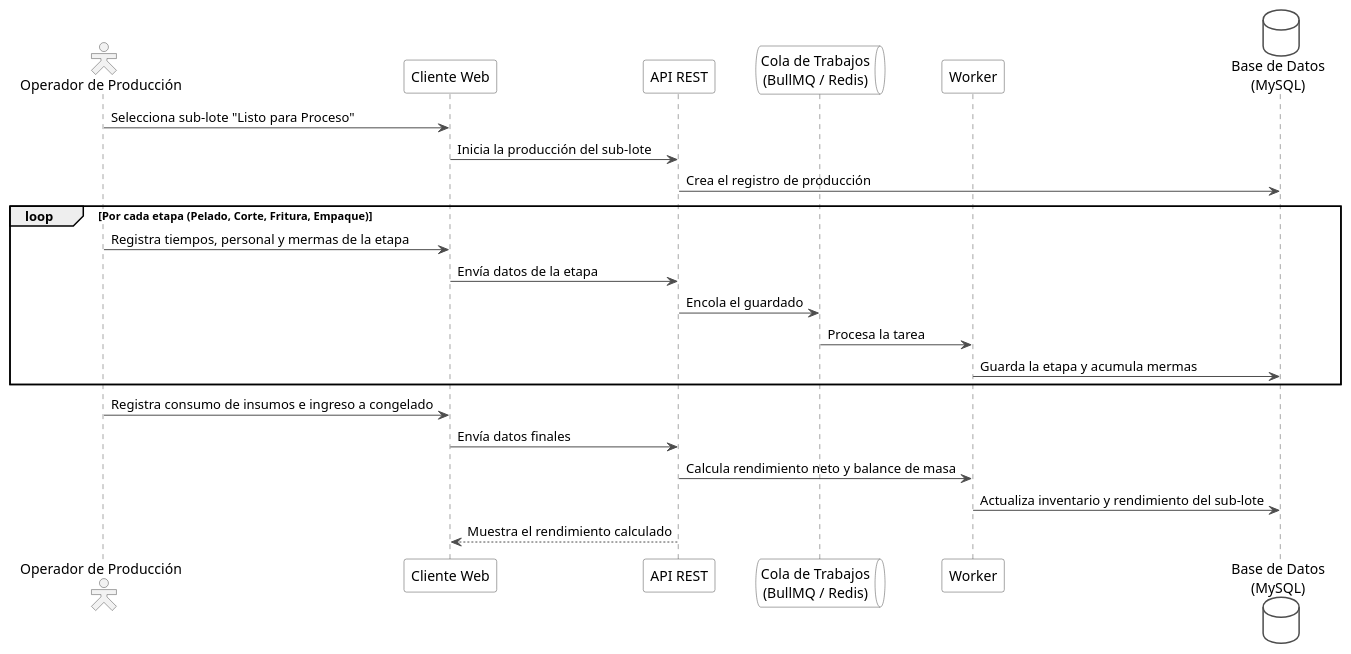
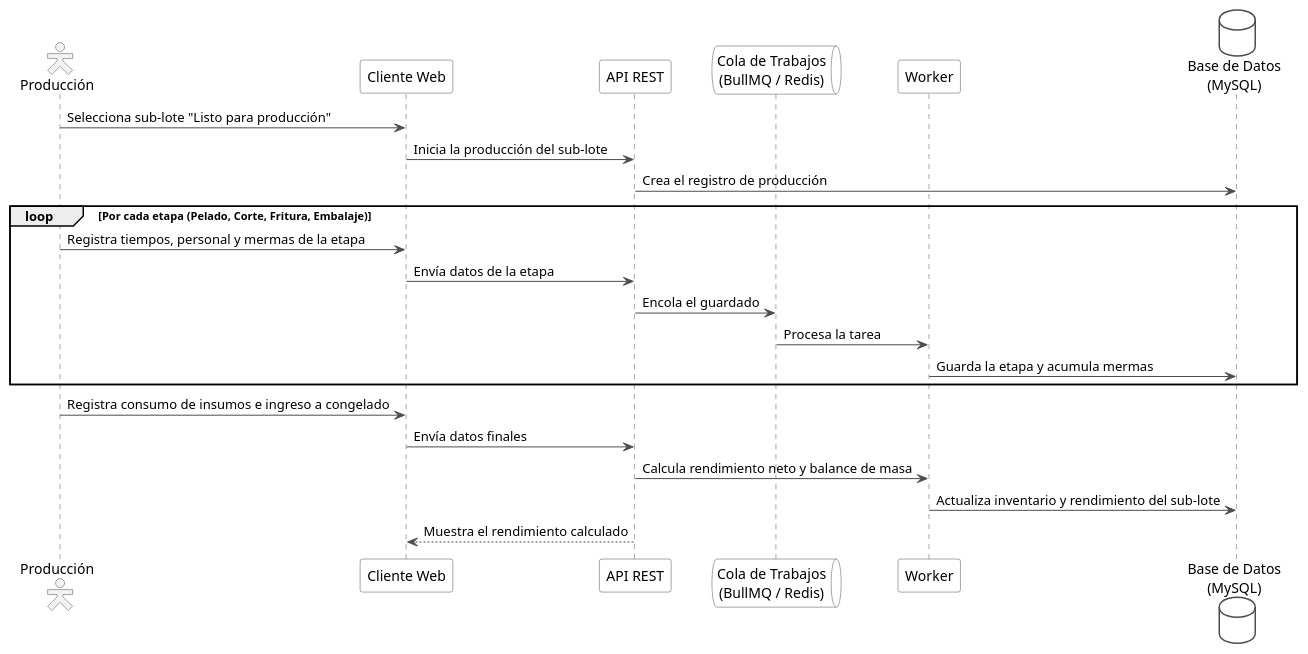
Before and after one commit to DecosUniversity/distri_yaneth_backend: the diagram in diagramas/iteraciones/iteracion3_secuencia.puml, drawn with PlantUML. The commit also changed 27 other files, not shown here.

First line of the commit message:
docs: alinea los diagramas de la tesis con el sistema real

```diff
--- a/diagramas/iteraciones/iteracion3_secuencia.puml
+++ b/diagramas/iteraciones/iteracion3_secuencia.puml
@@ -1,44 +1,44 @@
 @startuml iteracion3_secuencia
 ' Iteración 3 - Secuencia: registro de etapas de producción y cálculo de rendimiento
 skinparam shadowing false
 skinparam actorStyle hollow
 skinparam sequence {
   ArrowColor #4D4D4D
   LifeLineBorderColor #4D4D4D
   LifeLineBackgroundColor #F7F7F7
   ParticipantBorderColor #4D4D4D
   ParticipantBackgroundColor #FFFFFF
   ActorBorderColor #4D4D4D
   ActorBackgroundColor #F2F2F2
 }
 skinparam databaseBorderColor #4D4D4D
 skinparam databaseBackgroundColor #FFFFFF
 skinparam queueBorderColor #4D4D4D
 skinparam queueBackgroundColor #FFFFFF
 
-actor "Operador de Producción" as Op
+actor "Producción" as Op
 participant "Cliente Web" as CW
 participant "API REST" as API
 queue "Cola de Trabajos\n(BullMQ / Redis)" as Q
 participant "Worker" as W
 database "Base de Datos\n(MySQL)" as DB
 
-Op -> CW : Selecciona sub-lote "Listo para Proceso"
+Op -> CW : Selecciona sub-lote "Listo para producción"
 CW -> API : Inicia la producción del sub-lote
 API -> DB : Crea el registro de producción
 
-loop Por cada etapa (Pelado, Corte, Fritura, Empaque)
+loop Por cada etapa (Pelado, Corte, Fritura, Embalaje)
   Op -> CW : Registra tiempos, personal y mermas de la etapa
   CW -> API : Envía datos de la etapa
   API -> Q : Encola el guardado
   Q -> W : Procesa la tarea
   W -> DB : Guarda la etapa y acumula mermas
 end
 
 Op -> CW : Registra consumo de insumos e ingreso a congelado
 CW -> API : Envía datos finales
 API -> W : Calcula rendimiento neto y balance de masa
 W -> DB : Actualiza inventario y rendimiento del sub-lote
 API --> CW : Muestra el rendimiento calculado
 
 @enduml
```
